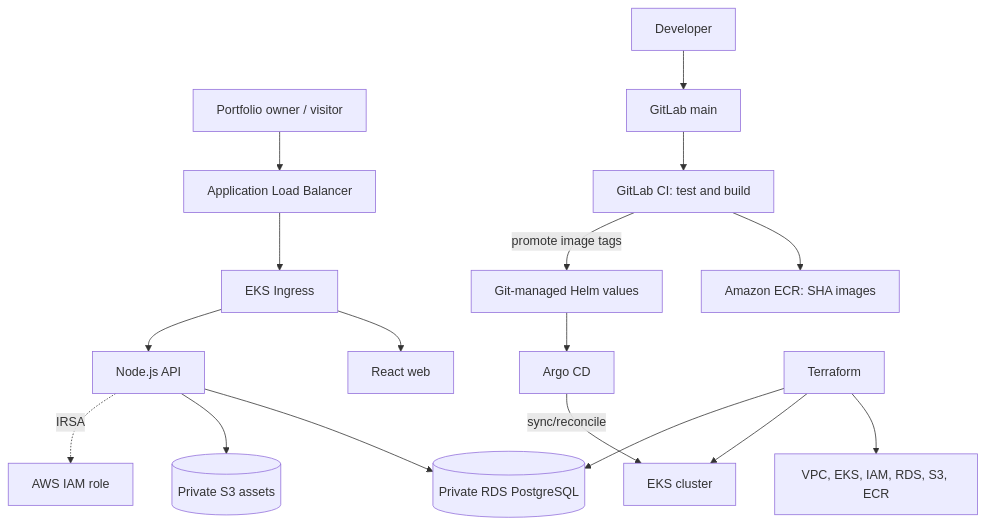
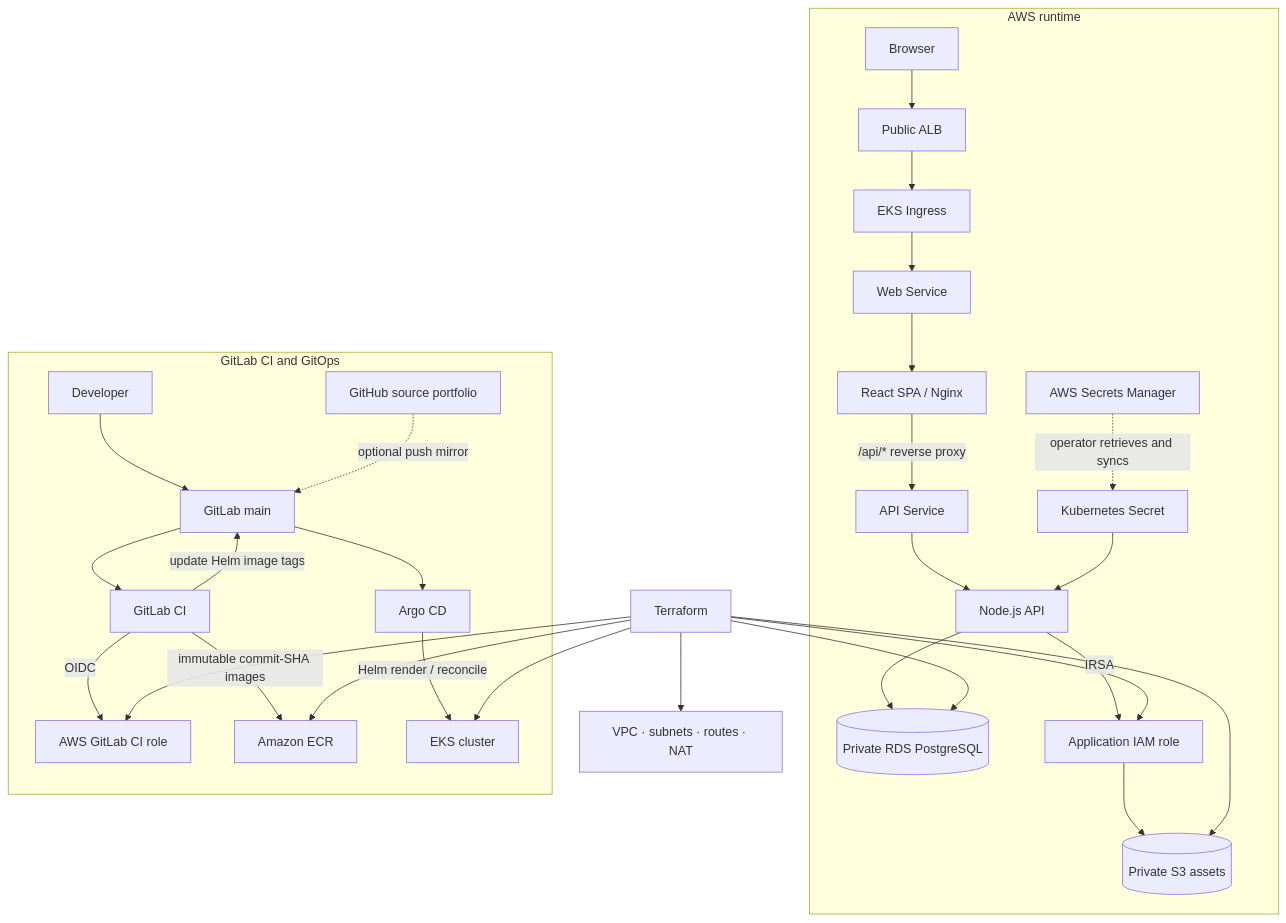
Before and after one commit to S-charan120/showcaseme-aws-eks-devops: the diagram in docs/architecture.md, drawn with Mermaid. The commit also changed other lines of this file, not shown here.

Commit message:
docs: align AWS EKS docs/architecture.md with delivery workflow

````diff
--- a/docs/architecture.md
+++ b/docs/architecture.md
@@ -14,19 +15,35 @@
 ```mermaid
 flowchart TB
-    Visitor[Portfolio owner / visitor] --> ALB[Application Load Balancer]
+  subgraph Runtime["AWS runtime"]
+    Visitor[Browser] --> ALB[Public ALB]
     ALB --> Ingress[EKS Ingress]
-    Ingress --> Web[React web]
-    Ingress --> API[Node.js API]
+    Ingress --> WebSvc[Web Service]
+    WebSvc --> Nginx[React SPA / Nginx]
+    Nginx -->|/api/* reverse proxy| ApiSvc[API Service]
+    ApiSvc --> API[Node.js API]
     API --> RDS[(Private RDS PostgreSQL)]
-    API --> S3[(Private S3 assets)]
-    API -.->|IRSA| AWSIAM[AWS IAM role]
-    Dev[Developer] --> GitLab[GitLab main]
-    GitLab --> CI[GitLab CI: test and build]
-    CI --> ECR[Amazon ECR: SHA images]
-    CI -->|promote image tags| GitOps[Git-managed Helm values]
-    GitOps --> Argo[Argo CD]
-    Argo -->|sync/reconcile| EKS[EKS cluster]
-    TF[Terraform] --> AWSInfra[VPC, EKS, IAM, RDS, S3, ECR]
-    TF --> EKS
-    TF --> RDS
+    API -->|IRSA| IAMRole[Application IAM role]
+    IAMRole --> S3[(Private S3 assets)]
+    SM[AWS Secrets Manager] -.->|operator retrieves and syncs| K8sSecret[Kubernetes Secret]
+    K8sSecret --> API
+  end
+
+  subgraph Delivery["GitLab CI and GitOps"]
+    Dev[Developer] --> GL[GitLab main]
+    GL --> CI[GitLab CI]
+    CI -->|OIDC| GitLabRole[AWS GitLab CI role]
+    CI -->|immutable commit-SHA images| ECR[Amazon ECR]
+    CI -->|update Helm image tags| GL
+    GL --> Argo[Argo CD]
+    Argo -->|Helm render / reconcile| EKS[EKS cluster]
+    GH[GitHub source portfolio] -.->|optional push mirror| GL
+  end
+
+  TF[Terraform] --> Network[VPC · subnets · routes · NAT]
+  TF --> EKS
+  TF --> RDS
+  TF --> S3
+  TF --> ECR
+  TF --> IAMRole
+  TF --> GitLabRole
 ```
````
